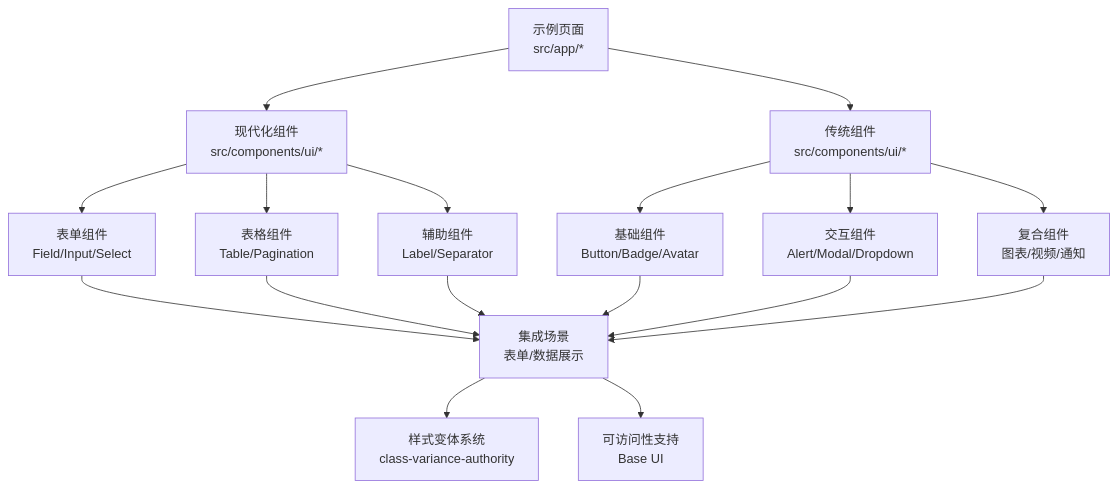
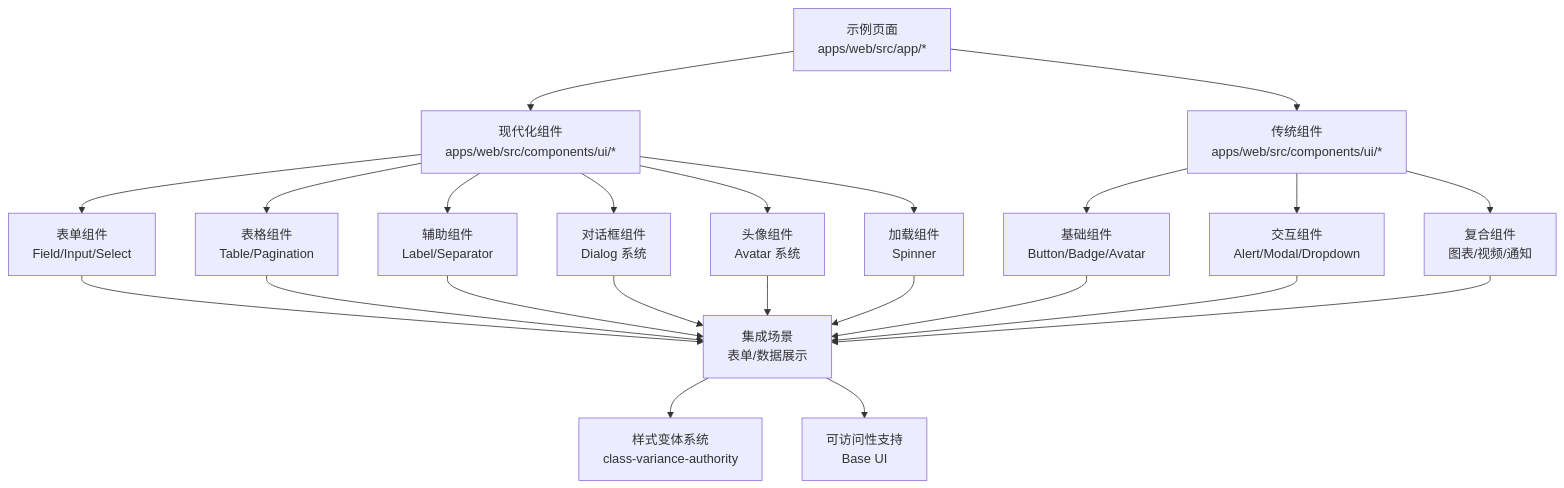
One commit to HAOFUYANG/nextjs-admin changed the second of 6 diagrams in .qoder/repowiki/zh/content/UI 组件库/UI 组件库.md. Above: the diagram before and after it, drawn with Mermaid. The commit also changed other lines of this file and 6 other files, not shown here.

````diff
--- a/.qoder/repowiki/zh/content/UI 组件库/UI 组件库.md
+++ b/.qoder/repowiki/zh/content/UI 组件库/UI 组件库.md
@@ -157,19 +172,25 @@
 ```mermaid
 graph TB
-A["示例页面<br/>src/app/*"] --> B["现代化组件<br/>src/components/ui/*"]
-A --> C["传统组件<br/>src/components/ui/*"]
+A["示例页面<br/>apps/web/src/app/*"] --> B["现代化组件<br/>apps/web/src/components/ui/*"]
+A --> C["传统组件<br/>apps/web/src/components/ui/*"]
 B --> D["表单组件<br/>Field/Input/Select"]
 B --> E["表格组件<br/>Table/Pagination"]
 B --> F["辅助组件<br/>Label/Separator"]
-C --> G["基础组件<br/>Button/Badge/Avatar"]
-C --> H["交互组件<br/>Alert/Modal/Dropdown"]
-C --> I["复合组件<br/>图表/视频/通知"]
-D --> J["集成场景<br/>表单/数据展示"]
-E --> J
-F --> J
-G --> J
-H --> J
-I --> J
-J --> K["样式变体系统<br/>class-variance-authority"]
-J --> L["可访问性支持<br/>Base UI"]
+B --> G["对话框组件<br/>Dialog 系统"]
+B --> H["头像组件<br/>Avatar 系统"]
+B --> I["加载组件<br/>Spinner"]
+C --> J["基础组件<br/>Button/Badge/Avatar"]
+C --> K["交互组件<br/>Alert/Modal/Dropdown"]
+C --> L["复合组件<br/>图表/视频/通知"]
+D --> M["集成场景<br/>表单/数据展示"]
+E --> M
+F --> M
+G --> M
+H --> M
+I --> M
+J --> M
+K --> M
+L --> M
+M --> N["样式变体系统<br/>class-variance-authority"]
+M --> O["可访问性支持<br/>Base UI"]
 ```
````
